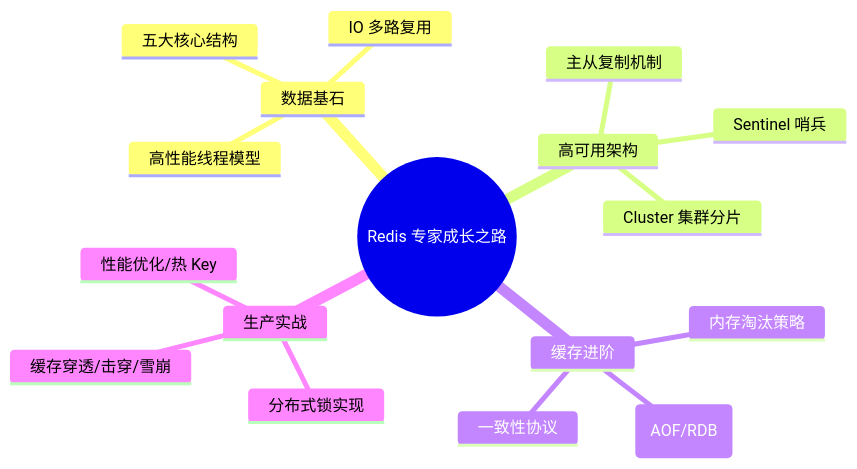
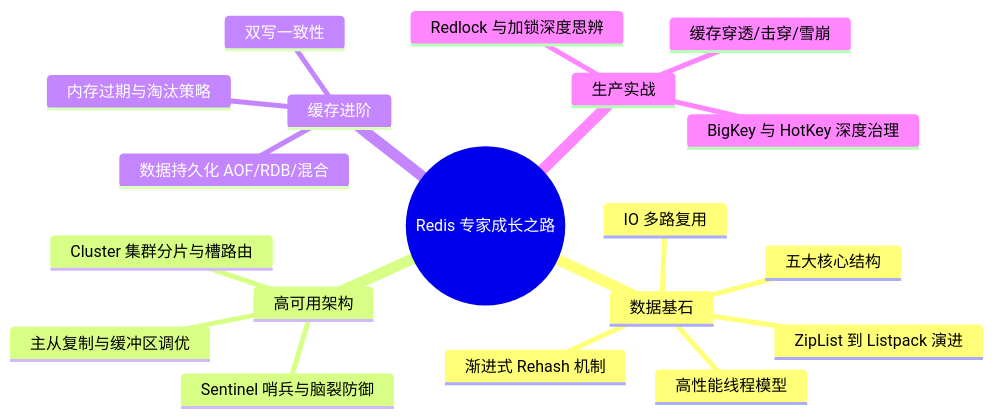
The diagram in docs/cache/redis/readme.md (Aiden-Coding/AiDocs), drawn with Mermaid before and after one commit. The commit also changed other lines of this file and 3 other files, not shown here.

````diff
--- a/docs/cache/redis/readme.md
+++ b/docs/cache/redis/readme.md
@@ -17,20 +17,22 @@
 ```mermaid
 mindmap
   root((Redis 专家成长之路))
     数据基石
       五大核心结构
       IO 多路复用
       高性能线程模型
+      ZipList 到 Listpack 演进
+      渐进式 Rehash 机制
     高可用架构
-      主从复制机制
-      Sentinel 哨兵
-      Cluster 集群分片
+      主从复制与缓冲区调优
+      Sentinel 哨兵与脑裂防御
+      Cluster 集群分片与槽路由
     缓存进阶
-      内存淘汰策略
-      数据持久化 (AOF/RDB)
-      一致性协议
+      内存过期与淘汰策略
+      数据持久化 AOF/RDB/混合
+      双写一致性
     生产实战
       缓存穿透/击穿/雪崩
-      分布式锁实现
-      性能优化/热 Key
+      BigKey 与 HotKey 深度治理
+      Redlock 与加锁深度思辨
 ```
````
